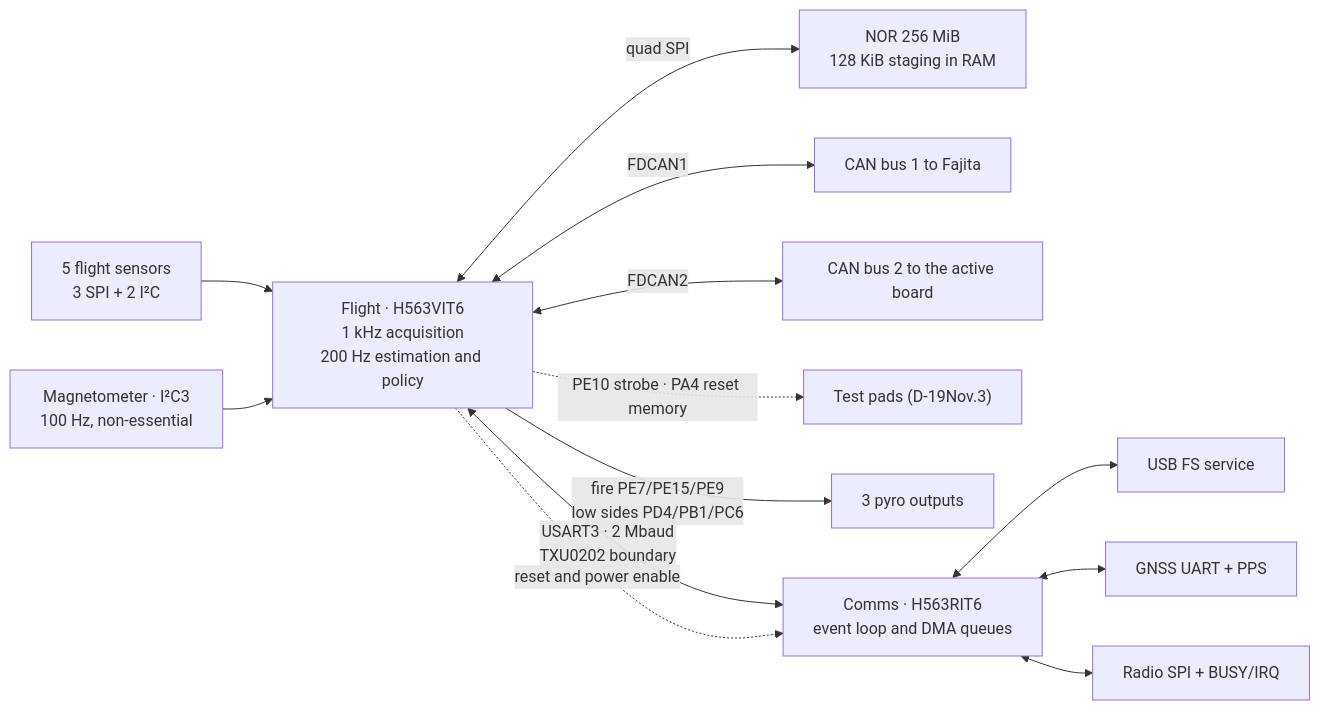
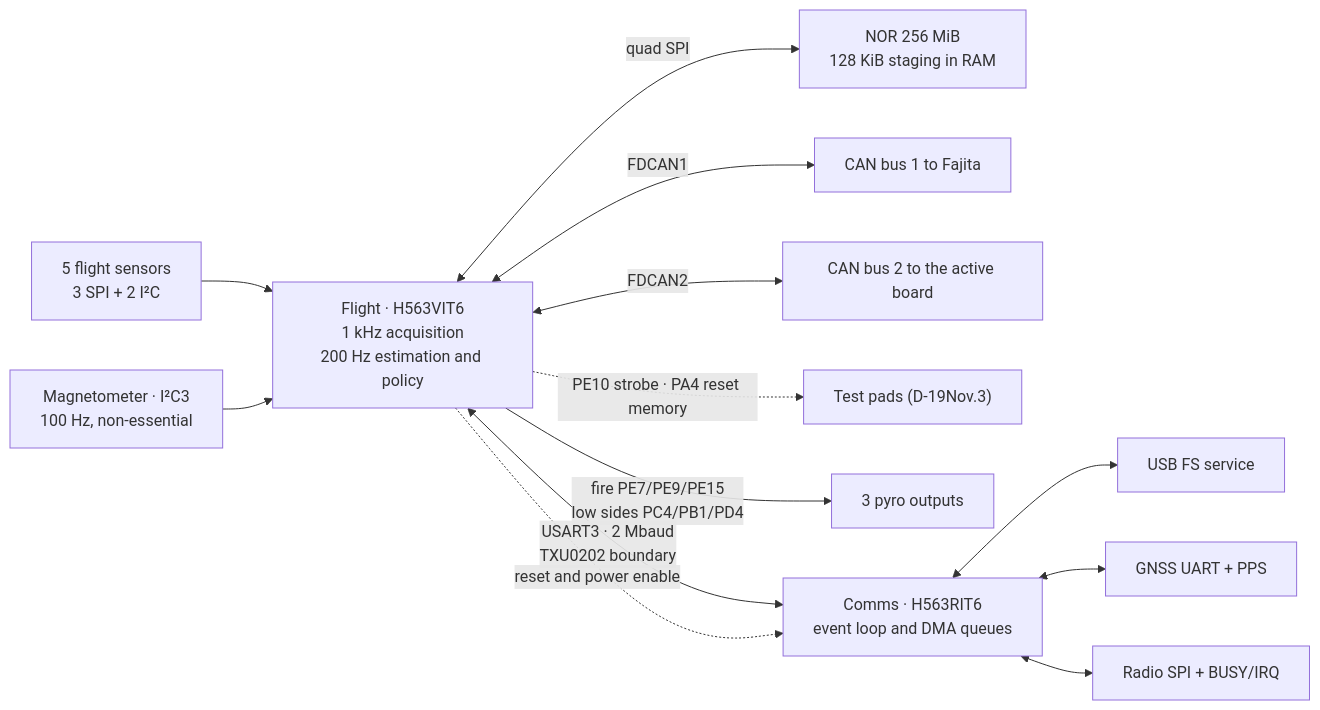
Before and after one commit to ULAS-HiPR/Ogma2: the diagram in docs/architecture/01-mcus.md, drawn with Mermaid. The commit also changed other lines of this file and 19 other files, not shown here.

````diff
--- a/docs/architecture/01-mcus.md
+++ b/docs/architecture/01-mcus.md
@@ -11,23 +11,23 @@
 ```mermaid
 flowchart LR
   S["5 flight sensors
 3 SPI + 2 I²C"] --> F["Flight · H563VIT6
 1 kHz acquisition
 200 Hz estimation and policy"]
   M["Magnetometer · I²C3
 100 Hz, non-essential"] --> F
   F <-->|"quad SPI"| N["NOR 256 MiB
 128 KiB staging in RAM"]
   F <-->|"FDCAN1"| V["CAN bus 1 to Fajita"]
   F <-->|"FDCAN2"| V2["CAN bus 2 to the active board"]
   F -.->|"PE10 strobe · PA4 reset memory"| P["Test pads (D-19Nov.3)"]
-  F -->|"fire PE7/PE15/PE9
-low sides PD4/PB1/PC6"| O["3 pyro outputs"]
+  F -->|"fire PE7/PE9/PE15
+low sides PC4/PB1/PD4"| O["3 pyro outputs"]
   F <-->|"USART3 · 2 Mbaud
 TXU0202 boundary"| C["Comms · H563RIT6
 event loop and DMA queues"]
   C <--> U["USB FS service"]
   C <--> G["GNSS UART + PPS"]
   C <--> R["Radio SPI + BUSY/IRQ"]
   F -.->|"reset and power enable"| C
 ```
````
